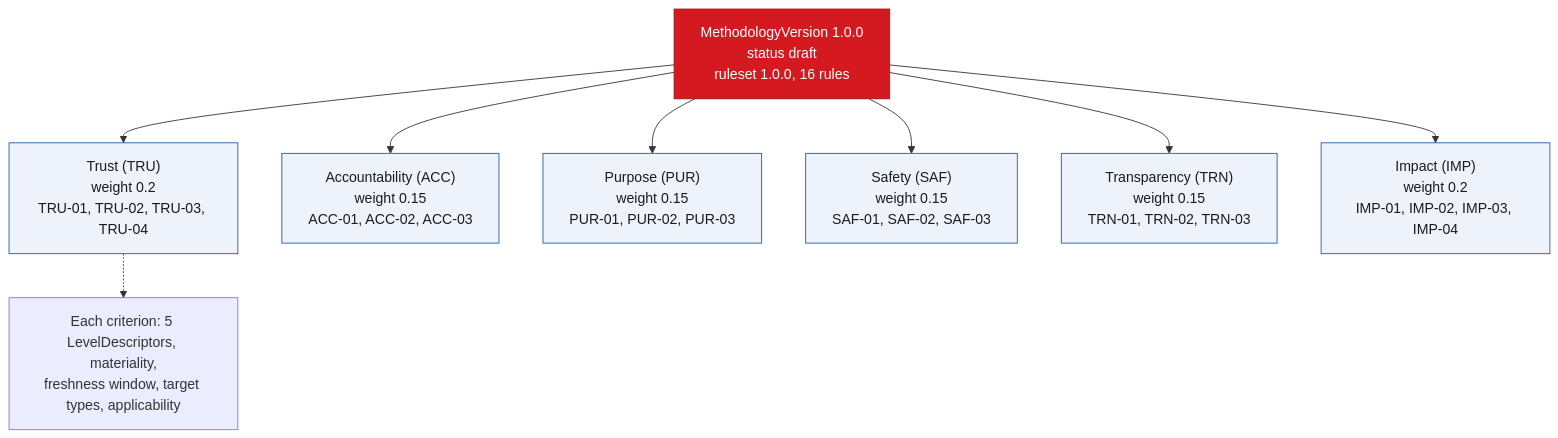
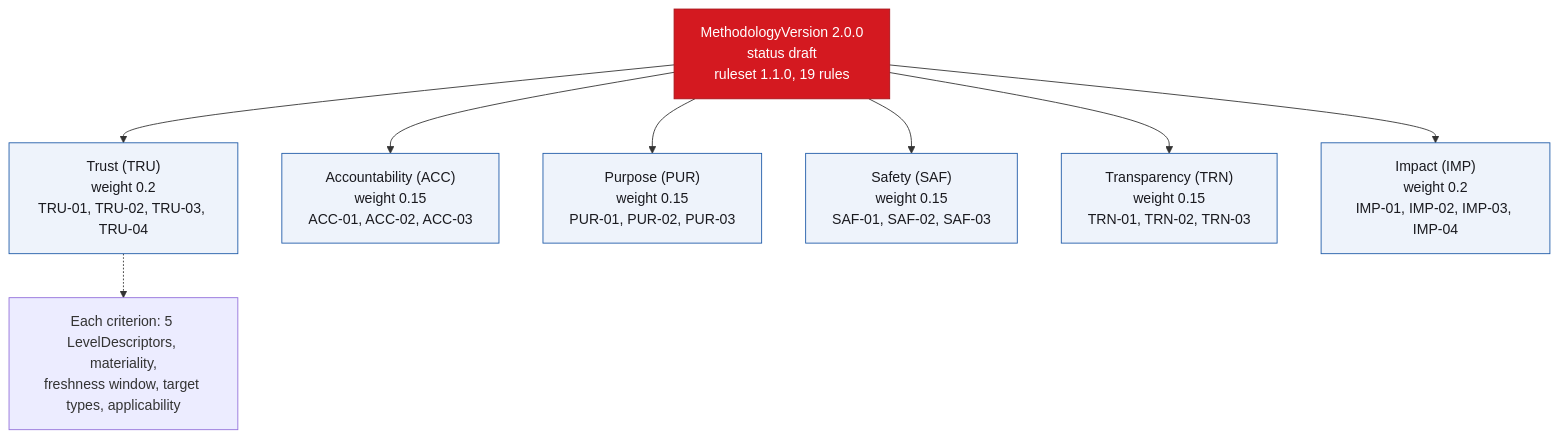
Before and after one commit to devans5582/hai-backend: the third of 5 diagrams in ontology/README.md, drawn with Mermaid. The commit also changed other lines of this file and 82 other files, not shown here.

````diff
--- a/ontology/README.md
+++ b/ontology/README.md
@@ -210,20 +210,20 @@
 ```mermaid
 flowchart TB
     classDef red fill:#D41920,stroke:#A8141A,color:#ffffff
     classDef blue fill:#eef3fb,stroke:#1e5aa8,color:#1a1a1f
-    MV["MethodologyVersion 1.0.0<br/>status draft<br/>ruleset 1.0.0, 16 rules"]:::red
+    MV["MethodologyVersion 2.0.0<br/>status draft<br/>ruleset 1.1.0, 19 rules"]:::red
     TRU["Trust (TRU)<br/>weight 0.2<br/>TRU-01, TRU-02, TRU-03, TRU-04"]:::blue
     MV --> TRU
     ACC["Accountability (ACC)<br/>weight 0.15<br/>ACC-01, ACC-02, ACC-03"]:::blue
     MV --> ACC
     PUR["Purpose (PUR)<br/>weight 0.15<br/>PUR-01, PUR-02, PUR-03"]:::blue
     MV --> PUR
     SAF["Safety (SAF)<br/>weight 0.15<br/>SAF-01, SAF-02, SAF-03"]:::blue
     MV --> SAF
     TRN["Transparency (TRN)<br/>weight 0.15<br/>TRN-01, TRN-02, TRN-03"]:::blue
     MV --> TRN
     IMP["Impact (IMP)<br/>weight 0.2<br/>IMP-01, IMP-02, IMP-03, IMP-04"]:::blue
     MV --> IMP
     LD["Each criterion: 5 LevelDescriptors, materiality,<br/>freshness window, target types, applicability"]
     TRU -.-> LD
 ```
````
